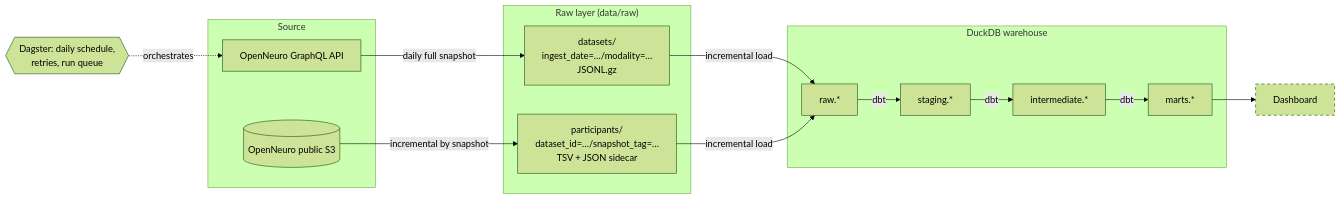
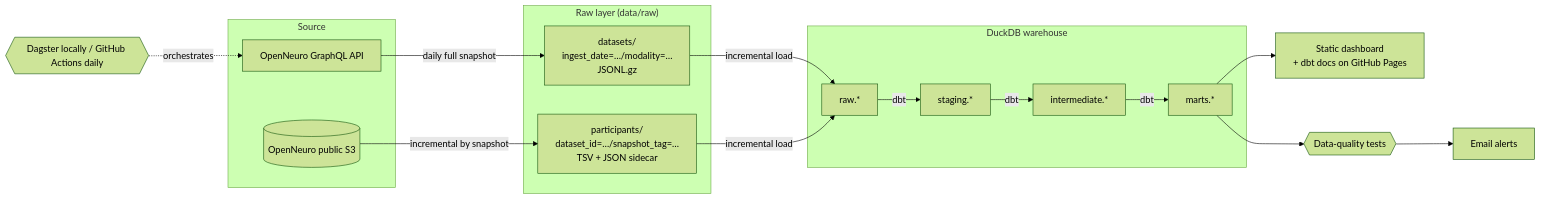
Before and after one commit to AminMiri2000/openneuro-data-pipeline: the diagram in README.md, drawn with Mermaid (forest theme). The commit also changed other lines of this file and 2 other files, not shown here.

First line of the commit message:
docs: monitoring, dashboard and ADR 0005

````diff
--- a/README.md
+++ b/README.md
@@ -17,26 +19,25 @@
 ```mermaid
 flowchart LR
     subgraph Source
         GQL[OpenNeuro GraphQL API]
         S3[(OpenNeuro public S3)]
     end
     subgraph Raw["Raw layer (data/raw)"]
         DS[datasets/<br/>ingest_date=…/modality=…<br/>JSONL.gz]
         PT[participants/<br/>dataset_id=…/snapshot_tag=…<br/>TSV + JSON sidecar]
     end
     subgraph WH["DuckDB warehouse"]
         RAW[raw.*]
         STG[staging.*]
         INT[intermediate.*]
         MART[marts.*]
     end
     GQL -- daily full snapshot --> DS
     S3 -- incremental by snapshot --> PT
     DS -- incremental load --> RAW
     PT -- incremental load --> RAW
     RAW -- dbt --> STG -- dbt --> INT -- dbt --> MART
-    MART --> DASH[Dashboard]
-    DAG{{Dagster: daily schedule,<br/>retries, run queue}} -.orchestrates.-> GQL
-    classDef todo stroke-dasharray: 5 5
-    class DASH todo
+    MART --> DASH[Static dashboard<br/>+ dbt docs on GitHub Pages]
+    MART --> QA{{Data-quality tests}} --> MAIL[Email alerts]
+    DAG{{Dagster locally / GitHub Actions daily}} -.orchestrates.-> GQL
 ```
````
